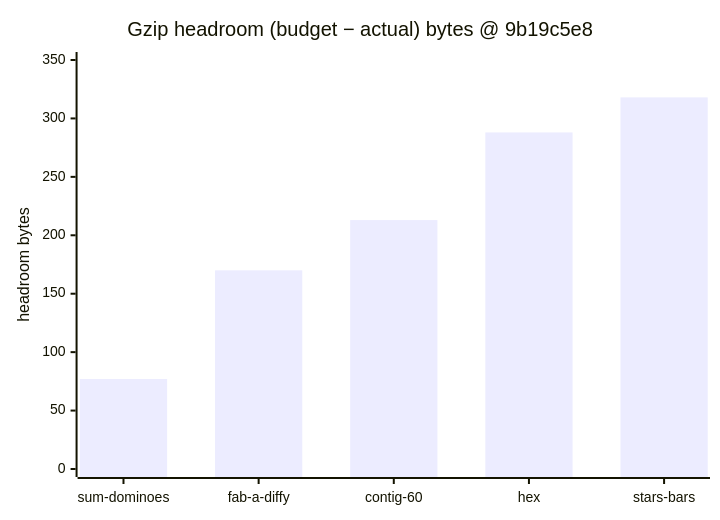
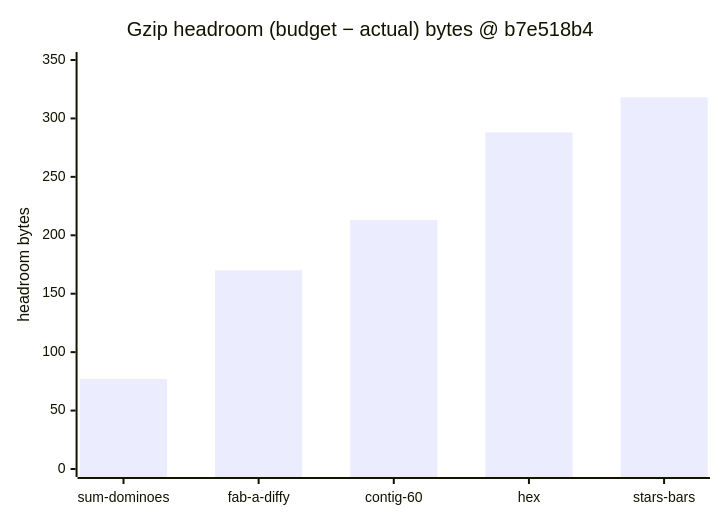
One commit to fuzzywigg/math-pentathlon changed the first of 2 diagrams in docs/dev/bundle-headroom-post898-2026-10-10.md. Above: the diagram before and after it, drawn with Mermaid. The commit also changed other lines of this file and 1 other file, not shown here.

````diff
--- a/docs/dev/bundle-headroom-post898-2026-10-10.md
+++ b/docs/dev/bundle-headroom-post898-2026-10-10.md
@@ -71,7 +71,7 @@
 ```mermaid
 xychart-beta
-    title "Gzip headroom (budget − actual) bytes @ 9b19c5e8"
+    title "Gzip headroom (budget − actual) bytes @ b7e518b4"
     x-axis ["sum-dominoes", "fab-a-diffy", "contig-60", "hex", "stars-bars"]
     y-axis "headroom bytes" 0 --> 350
     bar [77, 170, 213, 288, 318]
 ```
````
